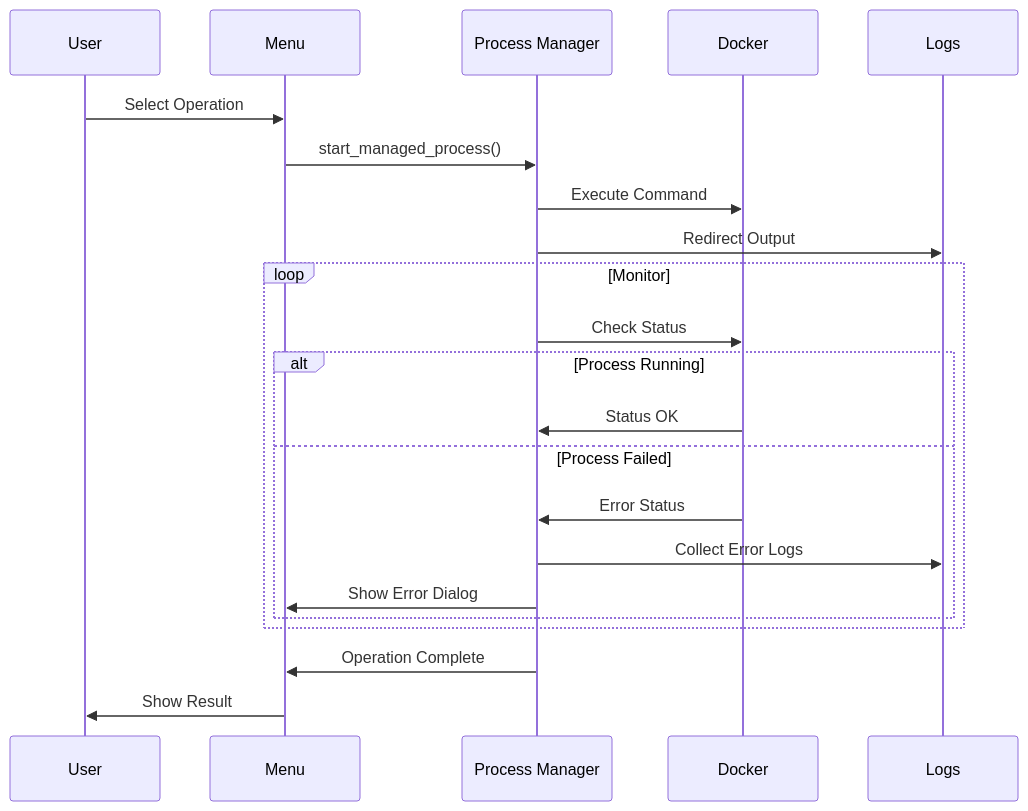
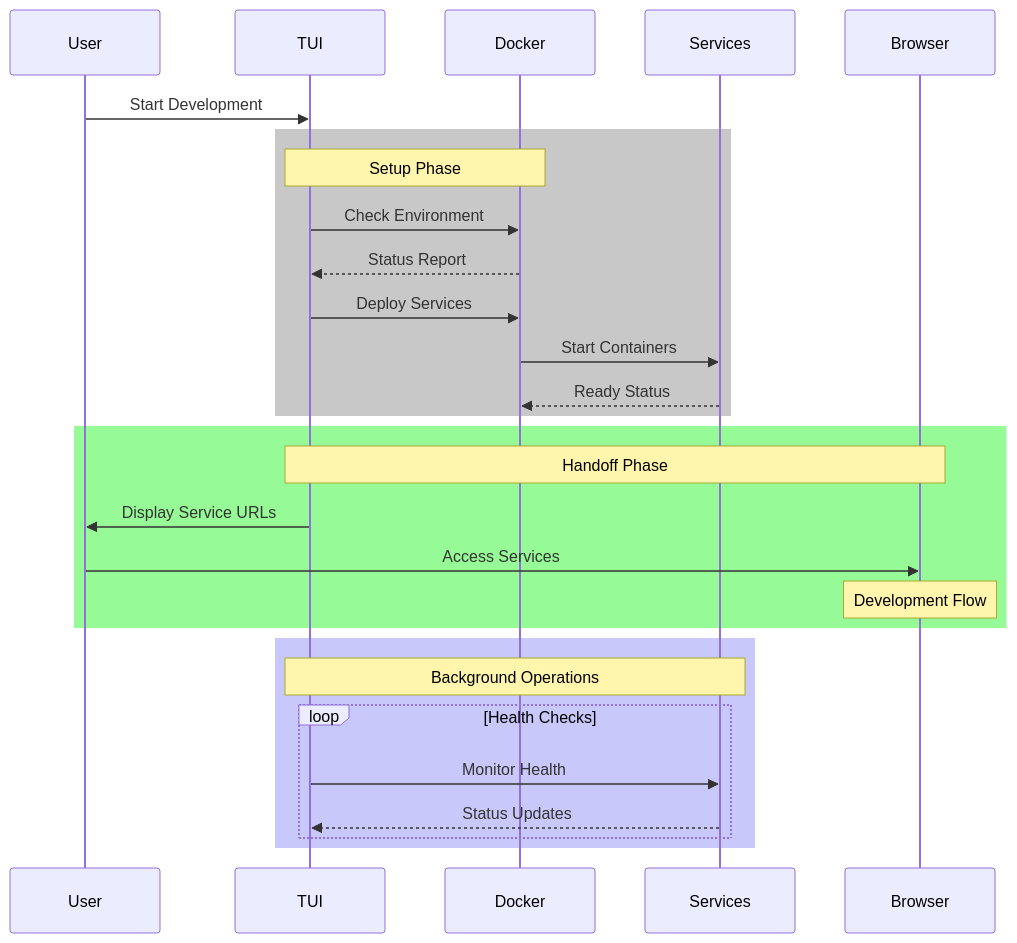
One commit to elleshadow/dev-ops-tui changed the fifth of 8 diagrams in docs/architecture.md. Above: the diagram before and after it, drawn with Mermaid. The commit also changed other lines of this file and 29 other files, not shown here.

````diff
--- a/docs/architecture.md
+++ b/docs/architecture.md
@@ -79,27 +160,34 @@
 ```mermaid
 sequenceDiagram
     participant User
-    participant Menu
-    participant PM as Process Manager
+    participant TUI
     participant Docker
-    participant Logs
+    participant Services
+    participant Browser
     
-    User->>Menu: Select Operation
-    Menu->>PM: start_managed_process()
-    PM->>Docker: Execute Command
-    PM->>Logs: Redirect Output
+    User->>TUI: Start Development
     
-    loop Monitor
-        PM->>Docker: Check Status
-        alt Process Running
-            Docker->>PM: Status OK
-        else Process Failed
-            Docker->>PM: Error Status
-            PM->>Logs: Collect Error Logs
-            PM->>Menu: Show Error Dialog
+    rect rgb(200, 200, 200)
+        Note over TUI,Docker: Setup Phase
+        TUI->>Docker: Check Environment
+        Docker-->>TUI: Status Report
+        TUI->>Docker: Deploy Services
+        Docker->>Services: Start Containers
+        Services-->>Docker: Ready Status
+    end
+    
+    rect rgb(150, 250, 150)
+        Note over TUI,Browser: Handoff Phase
+        TUI->>User: Display Service URLs
+        User->>Browser: Access Services
+        Note over Browser: Development Flow
+    end
+    
+    rect rgb(200, 200, 250)
+        Note over TUI,Services: Background Operations
+        loop Health Checks
+            TUI->>Services: Monitor Health
+            Services-->>TUI: Status Updates
         end
     end
-    
-    PM->>Menu: Operation Complete
-    Menu->>User: Show Result
 ```
````
